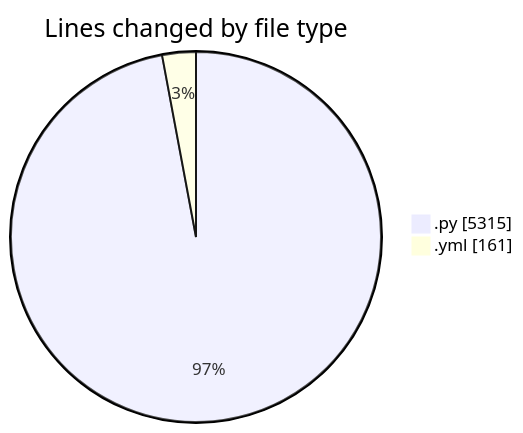
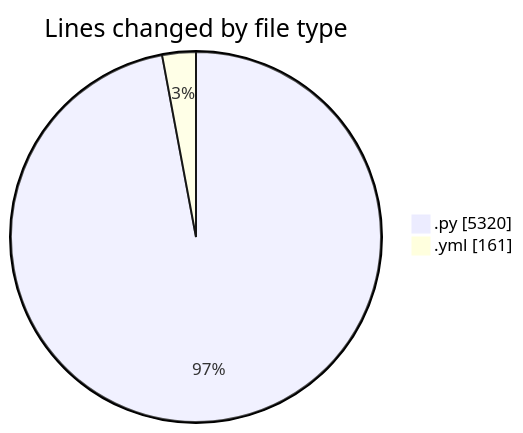
One commit to julien-gomy/code-tracking changed the first of 2 diagrams in 2025-10-15/eventscop-api-guide__workspace_/README.md. Above: the diagram before and after it, drawn with Mermaid. The commit also changed other lines of this file and 1 other file, not shown here.

````diff
--- a/2025-10-15/eventscop-api-guide__workspace_/README.md
+++ b/2025-10-15/eventscop-api-guide__workspace_/README.md
@@ -33,6 +33,6 @@
 ```mermaid
 pie showData
 title Lines changed by file type
-".py" : 5315
+".py" : 5320
 ".yml" : 161
 ```
````
